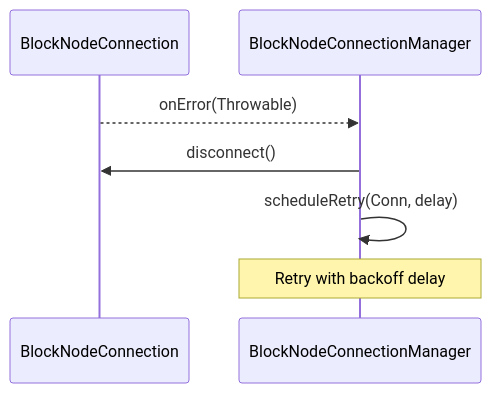
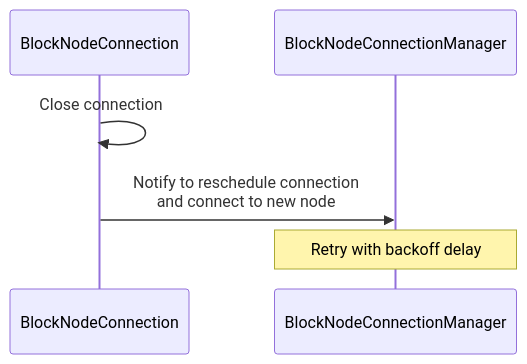
One commit to quiet-node/hiero-consensus-node changed the second of 3 diagrams in hedera-node/docs/design/app/blocks/BlockNodeConnectionManager.md. Above: the diagram before and after it, drawn with Mermaid. The commit also changed other lines of this file and 8 other files, not shown here.

````diff
--- a/hedera-node/docs/design/app/blocks/BlockNodeConnectionManager.md
+++ b/hedera-node/docs/design/app/blocks/BlockNodeConnectionManager.md
@@ -68,10 +77,10 @@
 ```mermaid
 sequenceDiagram
     participant Conn as BlockNodeConnection
     participant Manager as BlockNodeConnectionManager
 
-    Conn-->>Manager: onError(Throwable)
-    Manager->>Conn: disconnect()
-    Manager->>Manager: scheduleRetry(Conn, delay)
+    Conn->>Conn: Close connection
+    Conn->>Manager: Notify to reschedule connection<br/>and connect to new node
+
     Note over Manager: Retry with backoff delay
 ```
````
